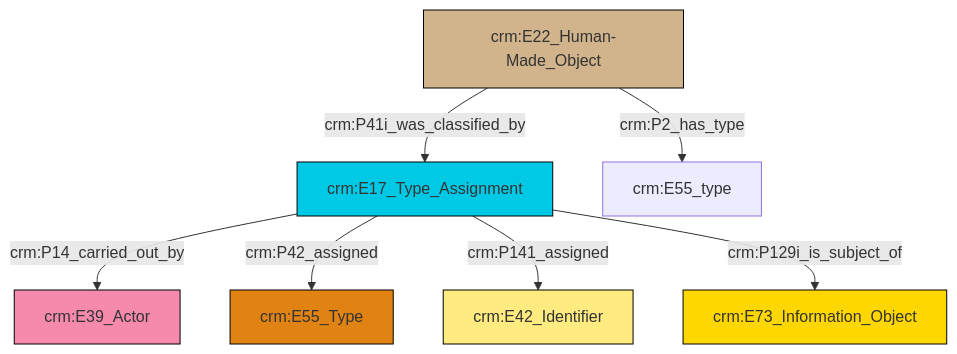
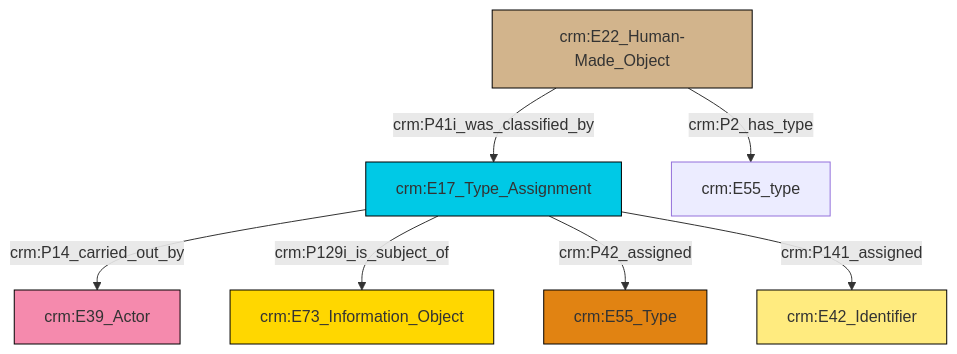
One commit to ncarboni/srdm changed the diagram in et/builtWorkCSV/ttl/mmd/Built_Work_designation_status.ttl.mmd. Above: the diagram before and after it, drawn with Mermaid. The commit also changed 131 other files, not shown here.

```diff
--- a/et/builtWorkCSV/ttl/mmd/Built_Work_designation_status.ttl.mmd
+++ b/et/builtWorkCSV/ttl/mmd/Built_Work_designation_status.ttl.mmd
@@ -1,21 +1,21 @@
 graph TD
 classDef Literal fill:#f2f2f2,stroke:#000000;
 classDef CRM_Entity fill:#FFFFFF,stroke:#000000;
 classDef Temporal_Entity fill:#00C9E6, stroke:#000000;
 classDef Type fill:#E18312, stroke:#000000;
 classDef Time-Span fill:#2C9C91, stroke:#000000;
 classDef Appellation fill:#FFEB7F, stroke:#000000;
 classDef Place fill:#008836, stroke:#000000;
 classDef Persistent_Item fill:#B266B2, stroke:#000000;
 classDef Conceptual_Object fill:#FFD700, stroke:#000000;
 classDef Physical_Thing fill:#D2B48C, stroke:#000000;
 classDef Actor fill:#f58aad, stroke:#000000;
 classDef PC_Classes fill:#4ce600, stroke:#000000;
 classDef Multi fill:#cccccc,stroke:#000000;
 
-2["crm:E17_Type_Assignment"]:::Temporal_Entity -->|crm:P14_carried_out_by| 3["crm:E39_Actor"]:::Actor
-7["crm:E22_Human-Made_Object"]:::Physical_Thing -->|crm:P2_has_type| 8["crm:E55_type"]:::Default
-2["crm:E17_Type_Assignment"]:::Temporal_Entity -->|crm:P42_assigned| 9["crm:E55_Type"]:::Type
-2["crm:E17_Type_Assignment"]:::Temporal_Entity -->|crm:P141_assigned| 0["crm:E42_Identifier"]:::Appellation
-2["crm:E17_Type_Assignment"]:::Temporal_Entity -->|crm:P129i_is_subject_of| 4["crm:E73_Information_Object"]:::Conceptual_Object
-7["crm:E22_Human-Made_Object"]:::Physical_Thing -->|crm:P41i_was_classified_by| 2["crm:E17_Type_Assignment"]:::Temporal_Entity
+0["crm:E22_Human-Made_Object"]:::Physical_Thing -->|crm:P41i_was_classified_by| 1["crm:E17_Type_Assignment"]:::Temporal_Entity
+1["crm:E17_Type_Assignment"]:::Temporal_Entity -->|crm:P14_carried_out_by| 2["crm:E39_Actor"]:::Actor
+1["crm:E17_Type_Assignment"]:::Temporal_Entity -->|crm:P129i_is_subject_of| 3["crm:E73_Information_Object"]:::Conceptual_Object
+0["crm:E22_Human-Made_Object"]:::Physical_Thing -->|crm:P2_has_type| 6["crm:E55_type"]:::Default
+1["crm:E17_Type_Assignment"]:::Temporal_Entity -->|crm:P42_assigned| 8["crm:E55_Type"]:::Type
+1["crm:E17_Type_Assignment"]:::Temporal_Entity -->|crm:P141_assigned| 4["crm:E42_Identifier"]:::Appellation
```
